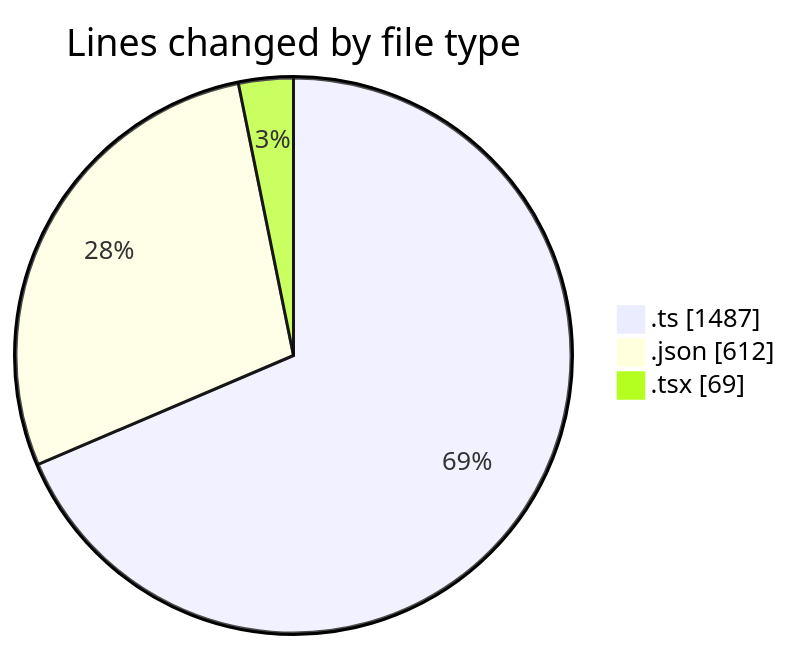
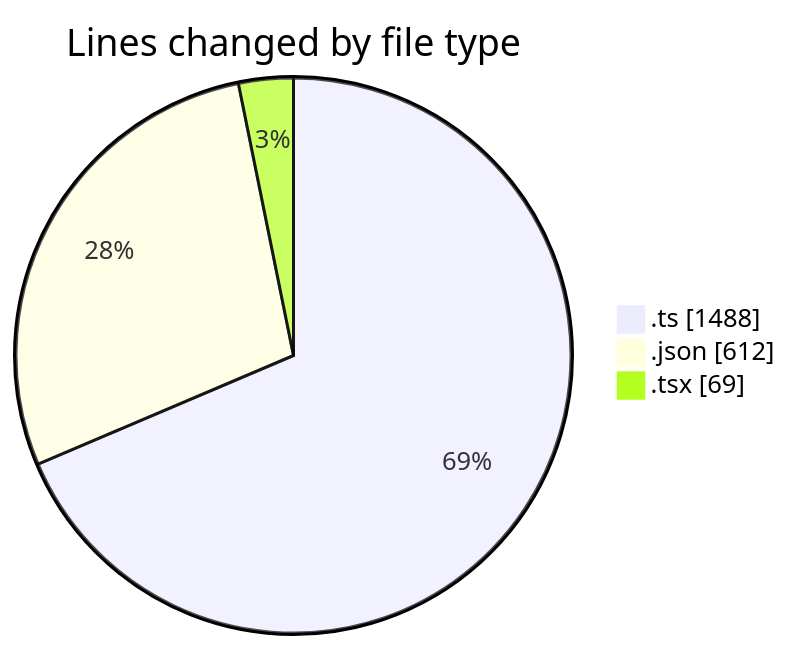
One commit to momahboobian/code-tracking changed the first of 2 diagrams in 2025-10-22/cda/README.md. Above: the diagram before and after it, drawn with Mermaid. The commit also changed other lines of this file and 1 other file, not shown here.

````diff
--- a/2025-10-22/cda/README.md
+++ b/2025-10-22/cda/README.md
@@ -28,7 +28,7 @@
 ```mermaid
 pie showData
 title Lines changed by file type
-".ts" : 1487
+".ts" : 1488
 ".json" : 612
 ".tsx" : 69
 ```
````
